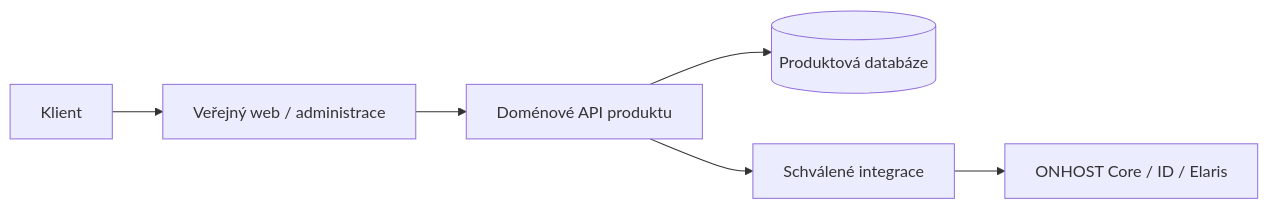
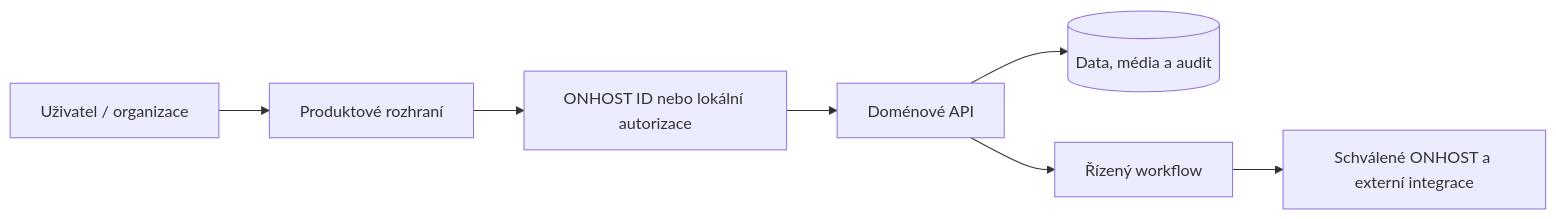
The diagram in README.md (Stanektechcz/onhost-realitni-srovnavac), drawn with Mermaid before and after one commit. The commit also changed other lines of this file, not shown here.

````diff
--- a/README.md
+++ b/README.md
@@ -165,8 +55,9 @@
 ```mermaid
 flowchart LR
- U[Klient] --> WEB[Veřejný web / administrace]
- WEB --> API[Doménové API produktu]
- API --> DB[(Produktová databáze)]
- API --> INT[Schválené integrace]
- INT --> CORE[ONHOST Core / ID / Elaris]
+ USER[Uživatel / organizace] --> UI[Produktové rozhraní]
+ UI --> POLICY[ONHOST ID nebo lokální autorizace]
+ POLICY --> API[Doménové API]
+ API --> DB[(Data, média a audit)]
+ API --> WORK[Řízený workflow]
+ WORK --> EXT[Schválené ONHOST a externí integrace]
 ```
````
